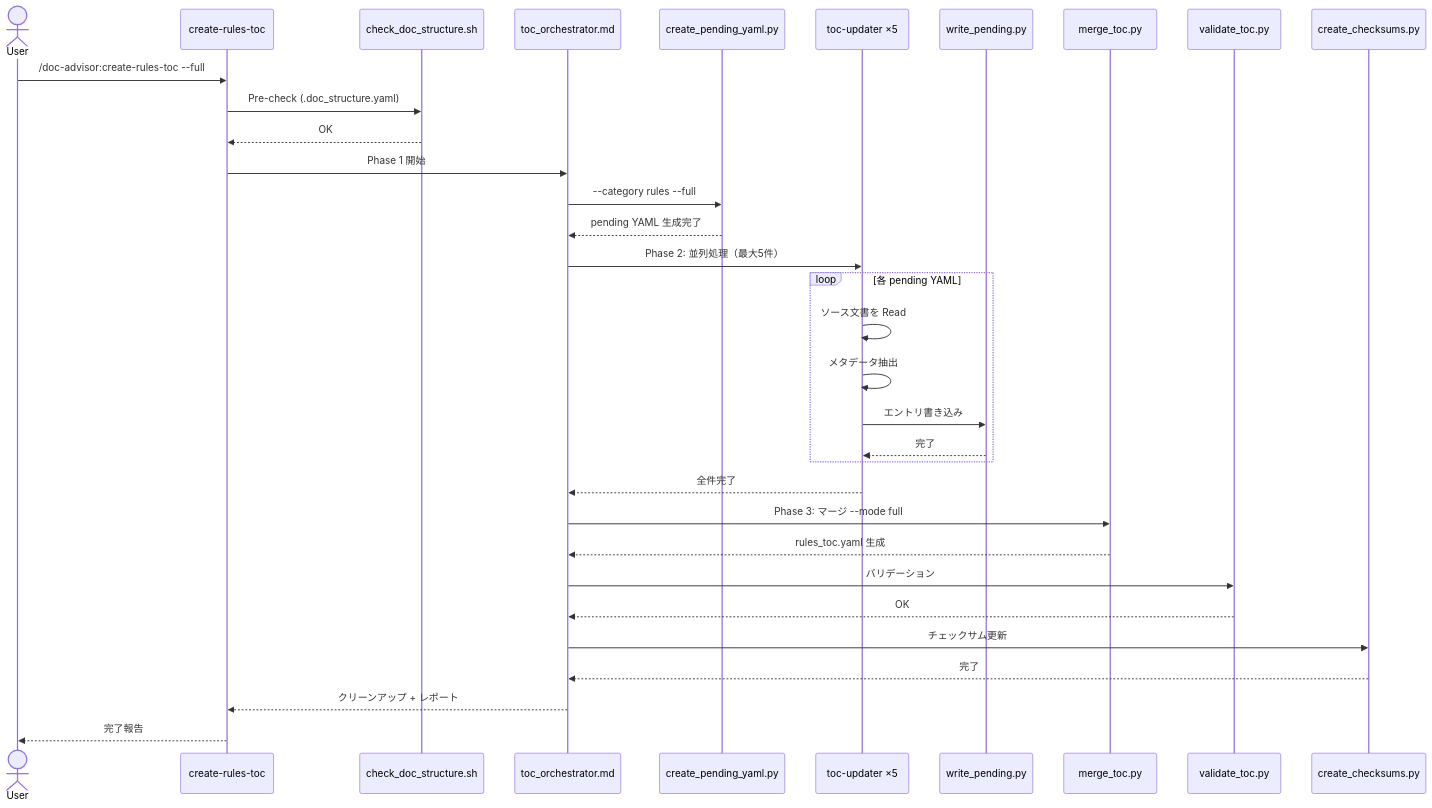
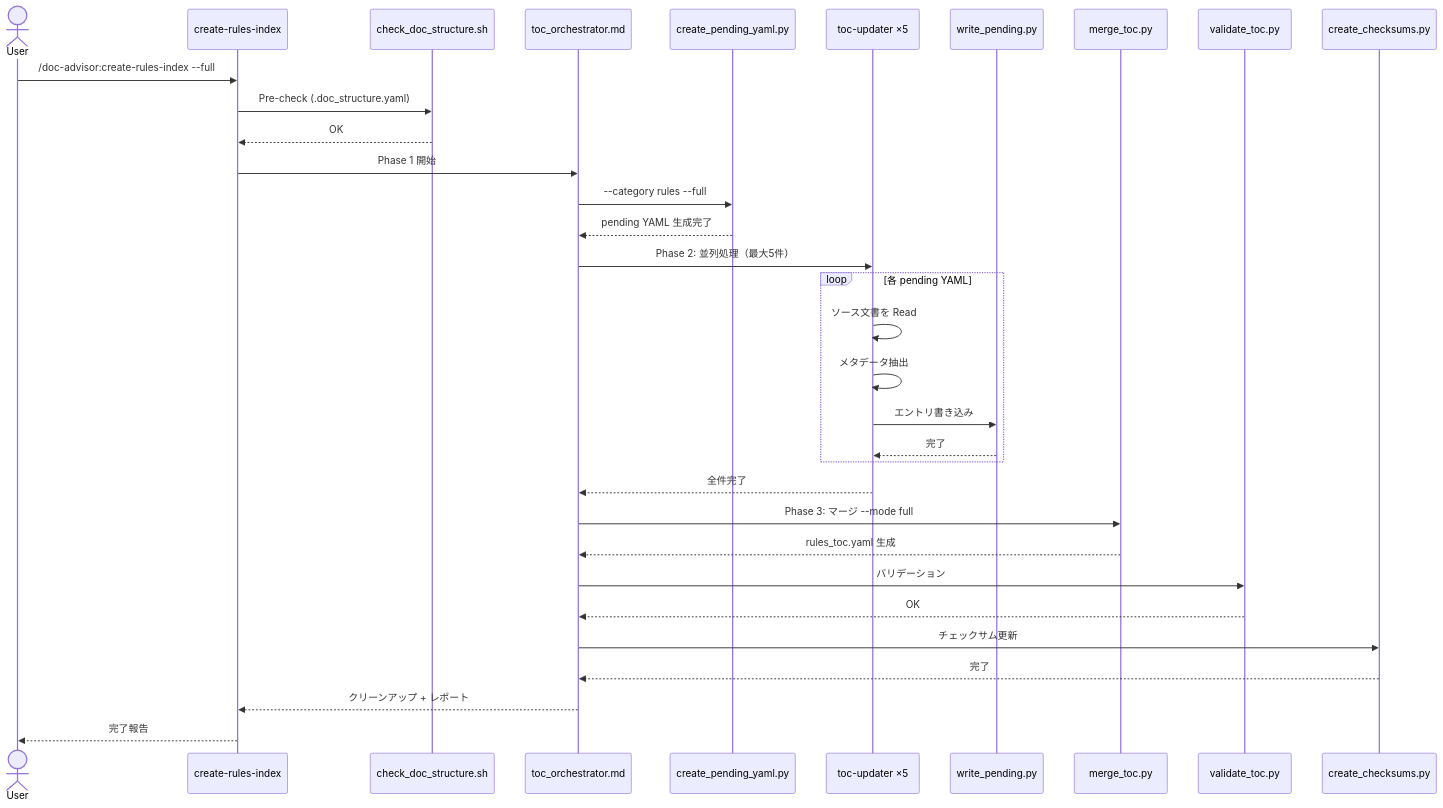
One commit to BlueEventHorizon/bw-cc-plugins changed the second of 3 diagrams in docs/specs/doc-advisor/design/DES-001_plugin_migration_design.md. Above: the diagram before and after it, drawn with Mermaid. The commit also changed other lines of this file and 39 other files, not shown here.

````diff
--- a/docs/specs/doc-advisor/design/DES-001_plugin_migration_design.md
+++ b/docs/specs/doc-advisor/design/DES-001_plugin_migration_design.md
@@ -178,36 +178,36 @@
 ```mermaid
 sequenceDiagram
     actor User
-    participant Skill as create-rules-toc
+    participant Skill as create-rules-index
     participant CDS as check_doc_structure.sh
     participant Orch as toc_orchestrator.md
     participant CPY as create_pending_yaml.py
     participant TU as toc-updater ×5
     participant WP as write_pending.py
     participant MT as merge_toc.py
     participant VT as validate_toc.py
     participant CC as create_checksums.py
 
-    User->>Skill: /doc-advisor:create-rules-toc --full
+    User->>Skill: /doc-advisor:create-rules-index --full
     Skill->>CDS: Pre-check (.doc_structure.yaml)
     CDS-->>Skill: OK
     Skill->>Orch: Phase 1 開始
     Orch->>CPY: --category rules --full
     CPY-->>Orch: pending YAML 生成完了
     Orch->>TU: Phase 2: 並列処理（最大5件）
     loop 各 pending YAML
         TU->>TU: ソース文書を Read
         TU->>TU: メタデータ抽出
         TU->>WP: エントリ書き込み
         WP-->>TU: 完了
     end
     TU-->>Orch: 全件完了
     Orch->>MT: Phase 3: マージ --mode full
     MT-->>Orch: rules_toc.yaml 生成
     Orch->>VT: バリデーション
     VT-->>Orch: OK
     Orch->>CC: チェックサム更新
     CC-->>Orch: 完了
     Orch-->>Skill: クリーンアップ + レポート
     Skill-->>User: 完了報告
 ```
````
